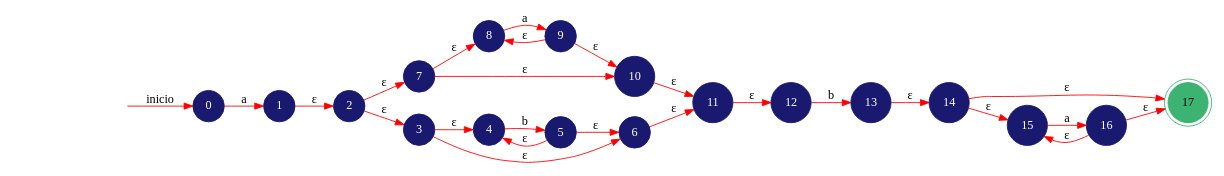
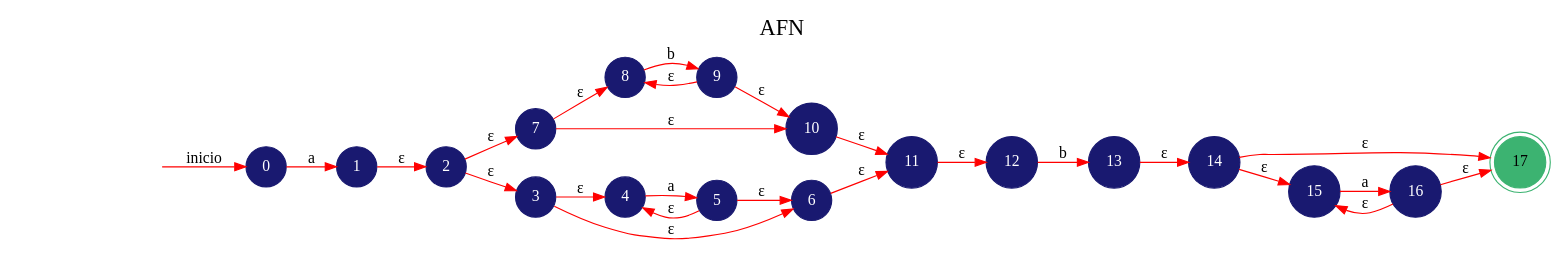
Before and after one commit to fcpauldiaz-archive/Automata: the diagram in GeneracionAutomatas/DOT/AFN.dot, drawn with Graphviz. The commit also changed 28 other files, not shown here.

```diff
--- a/GeneracionAutomatas/DOT/AFN.dot
+++ b/GeneracionAutomatas/DOT/AFN.dot
@@ -1,34 +1,34 @@
 digraph automata_finito {
 	rankdir=LR;
-	size="15,5"
+	graph [label="AFN", labelloc=t, fontsize=20]; 
 	node [shape=doublecircle, style = filled,color = mediumseagreen]; 17;
 	node [shape=circle];
 	node [color=midnightblue,fontcolor=white];
 	edge [color=red];
-	 secret_node [style=invis];
+	secret_node [style=invis];
 	secret_node -> 0 [label="inicio"];
 	0 -> 1 [label="a"];
 	1 -> 2 [label="ε"];
 	2 -> 7 [label="ε"];
 	2 -> 3 [label="ε"];
 	3 -> 4 [label="ε"];
 	3 -> 6 [label="ε"];
-	4 -> 5 [label="b"];
+	4 -> 5 [label="a"];
 	5 -> 4 [label="ε"];
 	5 -> 6 [label="ε"];
 	6 -> 11 [label="ε"];
 	7 -> 8 [label="ε"];
 	7 -> 10 [label="ε"];
-	8 -> 9 [label="a"];
+	8 -> 9 [label="b"];
 	9 -> 8 [label="ε"];
 	9 -> 10 [label="ε"];
 	10 -> 11 [label="ε"];
 	11 -> 12 [label="ε"];
 	12 -> 13 [label="b"];
 	13 -> 14 [label="ε"];
 	14 -> 15 [label="ε"];
 	14 -> 17 [label="ε"];
 	15 -> 16 [label="a"];
 	16 -> 15 [label="ε"];
 	16 -> 17 [label="ε"];
 }
```
